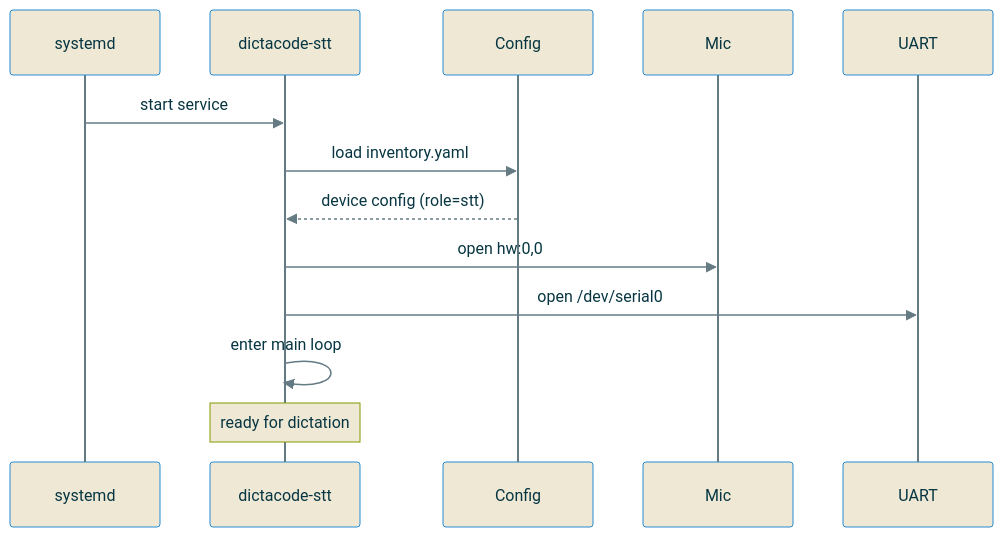
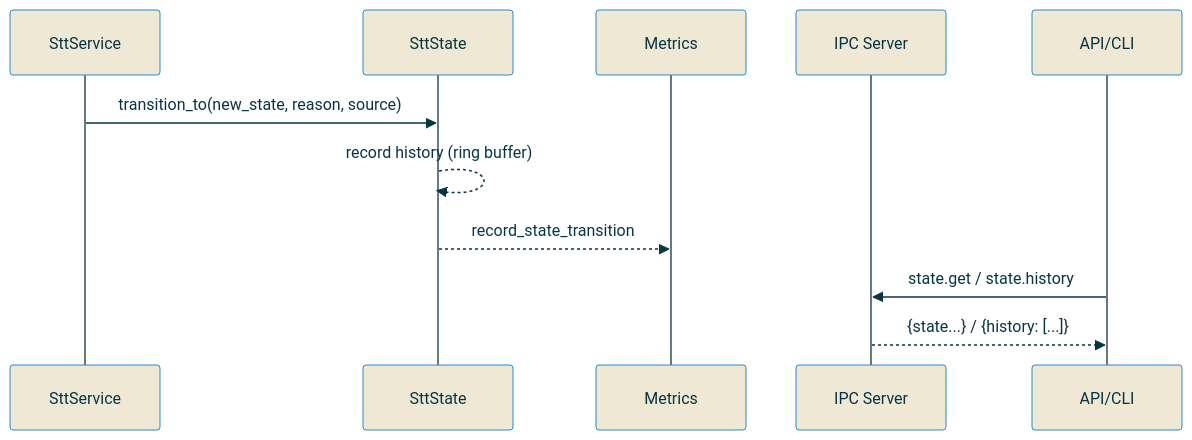
The eighth of 18 diagrams in docs/diagrams.md (cprima-homelab/dictacode), drawn with Mermaid before and after one commit. The commit also changed other lines of this file and 3 other files, not shown here.

First line of the commit message:
Add architecture plans v0.3.10-v0.3.11 and code map tool

````diff
--- a/docs/diagrams.md
+++ b/docs/diagrams.md
@@ -221,17 +231,15 @@
 ```mermaid
-%%{init: {'theme': 'base', 'themeVariables': { 'primaryColor': '#fdf6e3', 'primaryTextColor': '#073642', 'primaryBorderColor': '#268bd2', 'lineColor': '#657b83', 'actorLineColor': '#657b83', 'actorBkg': '#eee8d5', 'actorBorder': '#268bd2', 'actorTextColor': '#073642', 'noteBkgColor': '#eee8d5', 'noteTextColor': '#073642', 'noteBorderColor': '#859900', 'signalColor': '#657b83', 'signalTextColor': '#073642'}}}%%
+%%{init: {'theme': 'base', 'themeVariables': { 'primaryColor': '#fdf6e3', 'primaryTextColor': '#073642', 'primaryBorderColor': '#268bd2', 'lineColor': '#657b83', 'actorLineColor': '#657b83', 'actorBkg': '#eee8d5', 'actorBorder': '#268bd2', 'actorTextColor': '#073642'}}}%%
 sequenceDiagram
-    participant SYS as systemd
-    participant STT as dictacode-stt
-    participant CFG as Config
-    participant MIC as Mic
-    participant UART as UART
+    participant SVC as SttService
+    participant STATE as SttState
+    participant MET as Metrics
+    participant IPC as IPC Server
+    participant API as API/CLI
 
-    SYS->>STT: start service
-    STT->>CFG: load inventory.yaml
-    CFG-->>STT: device config (role=stt)
-    STT->>MIC: open hw:0,0
-    STT->>UART: open /dev/serial0
-    STT->>STT: enter main loop
-    Note over STT: ready for dictation
+    SVC->>STATE: transition_to(new_state, reason, source)
+    STATE-->>STATE: record history (ring buffer)
+    STATE-->>MET: record_state_transition
+    API->>IPC: state.get / state.history
+    IPC-->>API: {state...} / {history: [...]}
 ```
````
